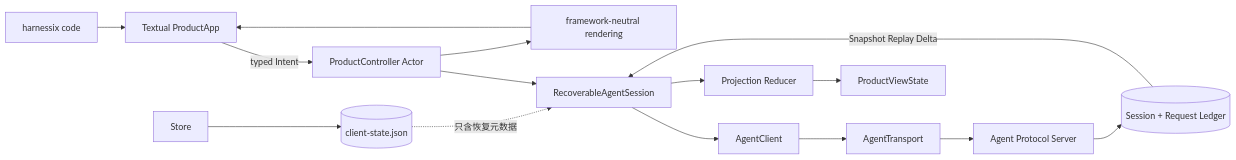
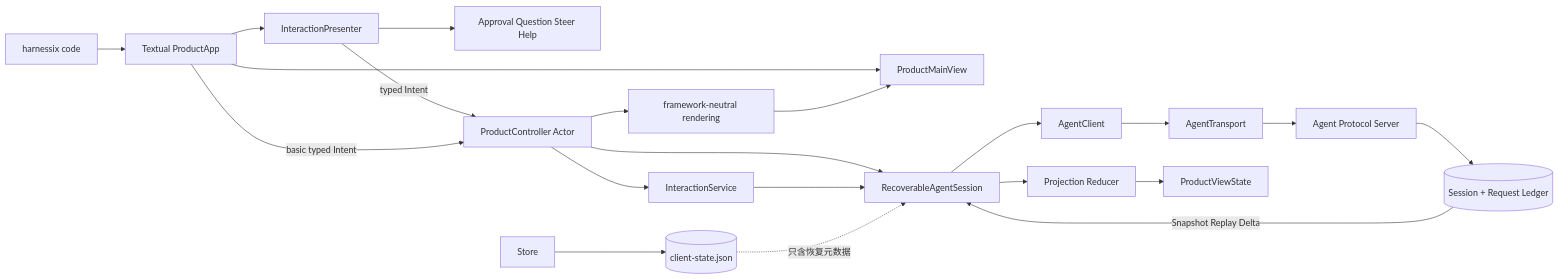
The first of 12 diagrams in docs/modules/product-ui.md (carrie1988/Harnessix), drawn with Mermaid before and after one commit. The commit also changed other lines of this file and 35 other files, not shown here.

Commit message:
feat: add complete product interactions

````diff
--- a/docs/modules/product-ui.md
+++ b/docs/modules/product-ui.md
@@ -94,17 +104,23 @@
 ```mermaid
 flowchart LR
     CLI[harnessix code] --> App[Textual ProductApp]
-    App -->|typed Intent| Controller[ProductController Actor]
+    App --> Main[ProductMainView]
+    App --> Presenter[InteractionPresenter]
+    Presenter --> Screens[Approval Question Steer Help]
+    Presenter -->|typed Intent| Controller[ProductController Actor]
+    App -->|basic typed Intent| Controller
+    Controller --> Interactions[InteractionService]
     Controller --> Session[RecoverableAgentSession]
+    Interactions --> Session
     Session --> Client[AgentClient]
     Client --> Transport[AgentTransport]
     Transport --> Server[Agent Protocol Server]
     Server --> Facts[(Session + Request Ledger)]
     Session --> Reducer[Projection Reducer]
     Reducer --> View[ProductViewState]
     Store --> Local[(client-state.json)]
     Facts -->|Snapshot Replay Delta| Session
     Local -. 只含恢复元数据 .-> Session
     Controller --> Renderer[framework-neutral rendering]
-    Renderer --> App
+    Renderer --> Main
 ```
````
